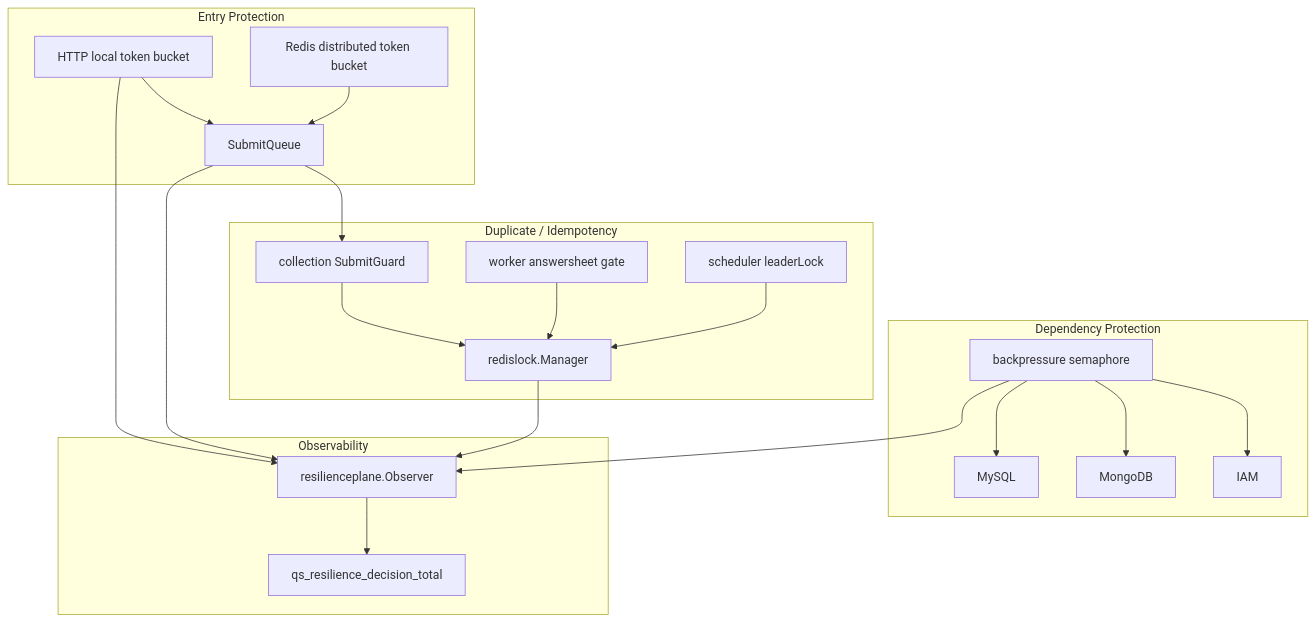
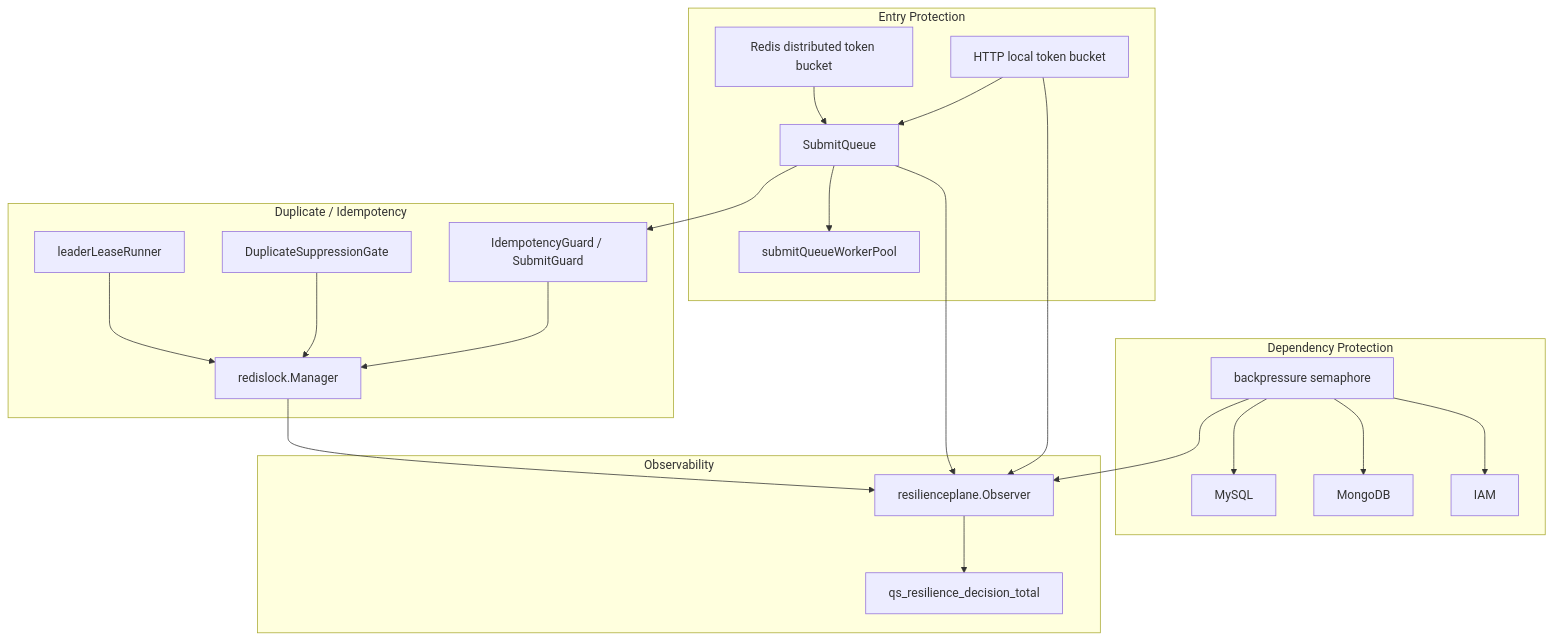
Before and after one commit to FangcunMount/qs-server: the first of 2 diagrams in docs/03-基础设施/resilience/00-整体架构.md, drawn with Mermaid. The commit also changed other lines of this file and 58 other files, not shown here.

Commit message:
pref Resilience Plane 重构：WorkerPool、显式 Backpressure、三类 Lock 语义接口

````diff
--- a/docs/03-基础设施/resilience/00-整体架构.md
+++ b/docs/03-基础设施/resilience/00-整体架构.md
@@ -17,41 +17,42 @@
 ```mermaid
 flowchart TD
     subgraph Entry["Entry Protection"]
         http["HTTP local token bucket"]
         dist["Redis distributed token bucket"]
         queue["SubmitQueue"]
+        pool["submitQueueWorkerPool"]
     end
 
     subgraph Dependency["Dependency Protection"]
         bp["backpressure semaphore"]
         mysql["MySQL"]
         mongo["MongoDB"]
         iam["IAM"]
     end
 
     subgraph Duplicate["Duplicate / Idempotency"]
         lease["redislock.Manager"]
-        submit["collection SubmitGuard"]
-        worker["worker answersheet gate"]
-        leader["scheduler leaderLock"]
+        submit["IdempotencyGuard / SubmitGuard"]
+        worker["DuplicateSuppressionGate"]
+        leader["leaderLeaseRunner"]
     end
 
     subgraph Observe["Observability"]
         plane["resilienceplane.Observer"]
         metrics["qs_resilience_decision_total"]
     end
 
-    http --> queue
+    http --> queue --> pool
     dist --> queue
     queue --> submit --> lease
     bp --> mysql
     bp --> mongo
     bp --> iam
     worker --> lease
     leader --> lease
     http --> plane
     queue --> plane
     bp --> plane
     lease --> plane
     plane --> metrics
 ```
````
